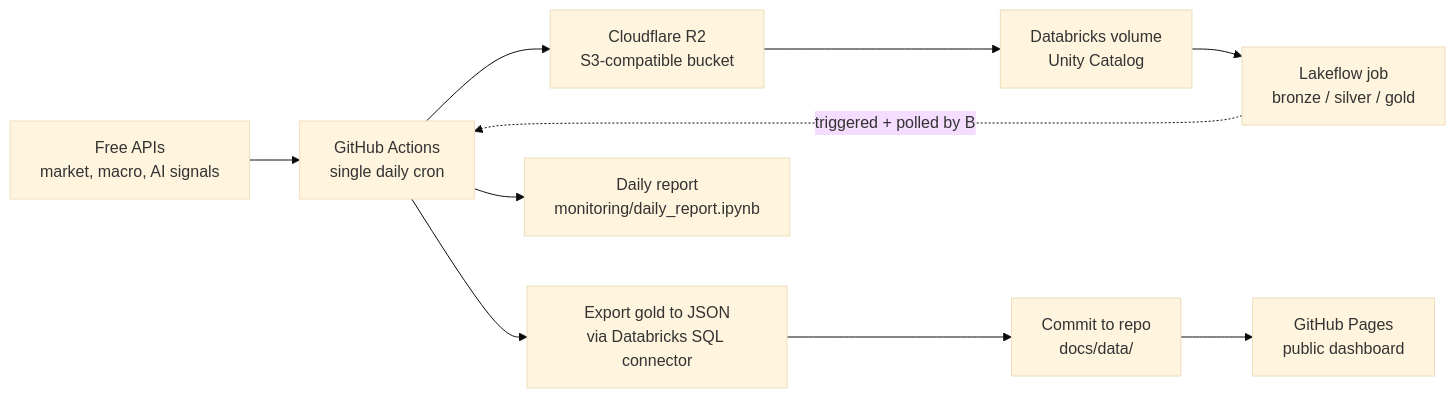
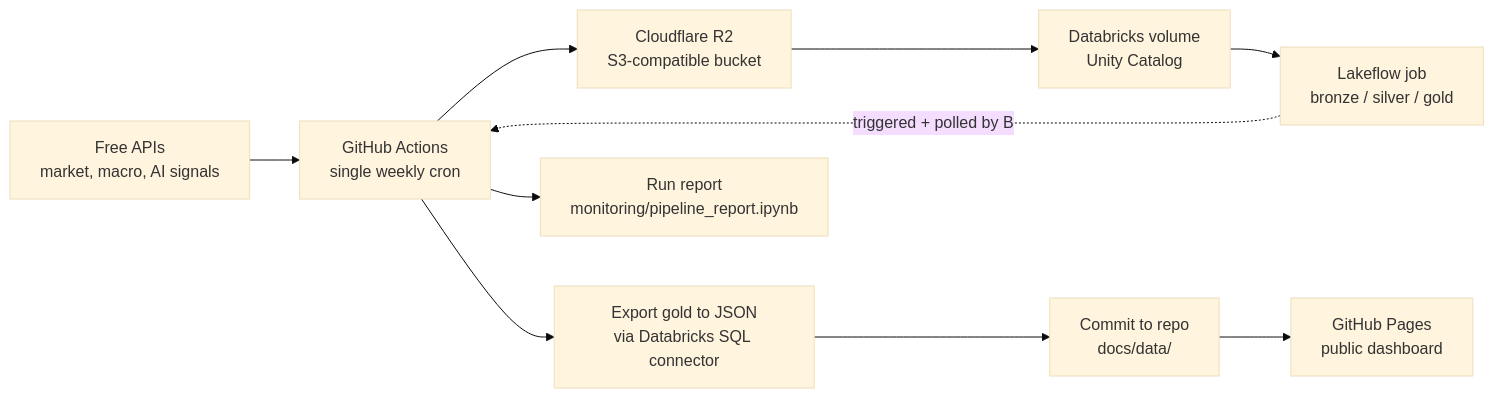
Before and after one commit to pdglenchur-glitch/market_ai_pulse: the diagram in README.md, drawn with Mermaid (base theme). The commit also changed other lines of this file and 11 other files, not shown here.

````diff
--- a/README.md
+++ b/README.md
@@ -85,12 +85,12 @@
 ```mermaid
 flowchart LR
-    A[Free APIs\nmarket, macro, AI signals] --> B[GitHub Actions\nsingle daily cron]
+    A[Free APIs\nmarket, macro, AI signals] --> B[GitHub Actions\nsingle weekly cron]
     B --> C[Cloudflare R2\nS3-compatible bucket]
     C --> D[Databricks volume\nUnity Catalog]
     D --> E[Lakeflow job\nbronze / silver / gold]
     E -.triggered + polled by B.-> B
     B --> F[Export gold to JSON\nvia Databricks SQL connector]
     F --> G[Commit to repo\ndocs/data/]
     G --> H[GitHub Pages\npublic dashboard]
-    B --> I[Daily report\nmonitoring/daily_report.ipynb]
+    B --> I[Run report\nmonitoring/pipeline_report.ipynb]
 ```
````
